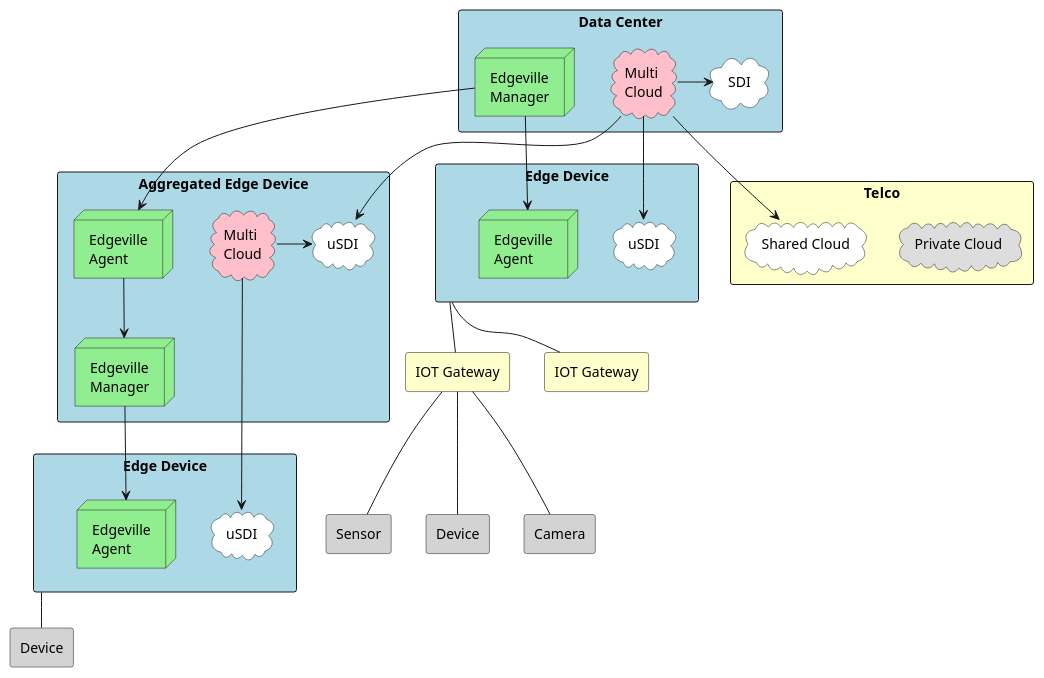
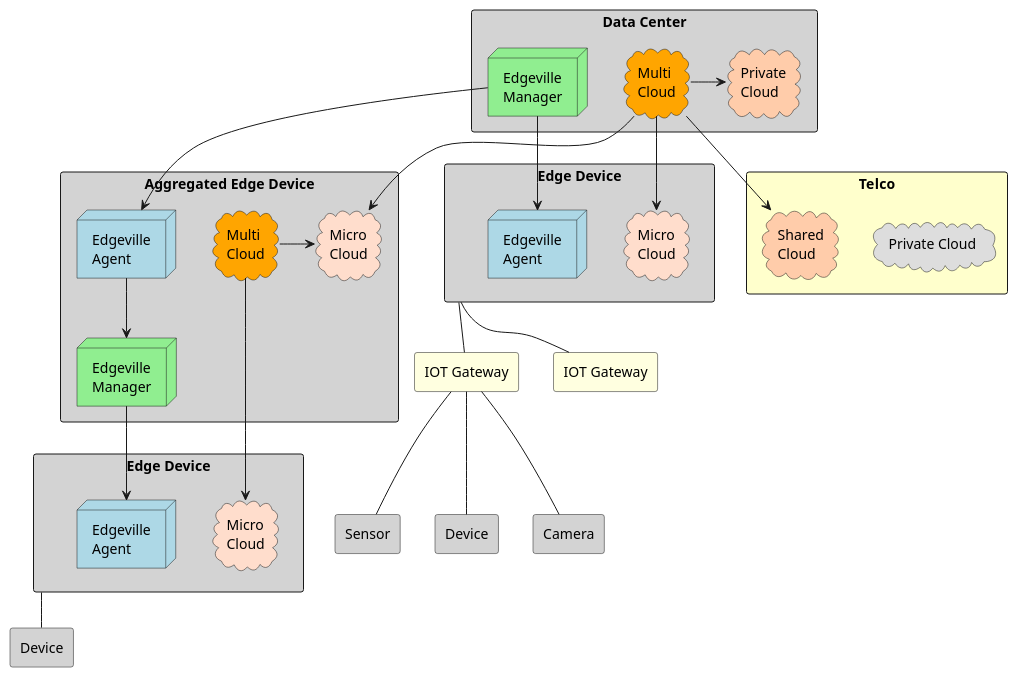
Before and after one commit to CAADE/edgeville: the diagram in docs/HighLevel.puml, drawn with PlantUML. The commit also changed 509 other files, not shown here.

```diff
--- a/docs/HighLevel.puml
+++ b/docs/HighLevel.puml
@@ -1,53 +1,53 @@
 @startuml
 
-rectangle "Data Center" as DC #lightblue {
-  cloud SDI #ffffff
-  cloud "Multi\nCloud" as HC #pink
+rectangle "Data Center" as DC #lightgray {
+  cloud "Private\nCloud" as SDI #ffccaa
+  cloud "Multi\nCloud" as HC #orange
   node "Edgeville\nManager" as EM #lightgreen
 }
 rectangle Telco  #ffffcc {
   cloud "Private Cloud" #dddddd
-  cloud "Shared Cloud" as SC #ffffff
+  cloud "Shared\nCloud" as SC #ffccaa
 }
-rectangle "Edge Device" as ED1 #lightblue {
-  cloud uSDI #ffffff
-  node "Edgeville\nAgent" as EA1 #lightgreen
+rectangle "Edge Device" as ED1 #lightgray {
+  cloud "Micro\nCloud" as uSDI #ffddcc
+  node "Edgeville\nAgent" as EA1 #lightblue
 }
 
-rectangle "Aggregated Edge Device" as ED2 #lightblue {
-  cloud "uSDI" as uSDI2 #ffffff
-  cloud "Multi\nCloud" as HC2 #pink
-  node "Edgeville\nAgent" as EA2 #lightgreen
+rectangle "Aggregated Edge Device" as ED2 #lightgray {
+  cloud "Micro\nCloud" as uSDI2 #ffddcc
+  cloud "Multi\nCloud" as HC2 #orange
+  node "Edgeville\nAgent" as EA2 #lightblue
   node "Edgeville\nManager" as EM2 #lightgreen
 }
 
-rectangle "Edge Device" as ED3 #lightblue {
-  cloud "uSDI" as uSDI3 #ffffff
-  node "Edgeville\nAgent" as EA3 #lightgreen
+rectangle "Edge Device" as ED3 #lightgray {
+  cloud "Micro\nCloud" as uSDI3 #ffddcc
+  node "Edgeville\nAgent" as EA3 #lightblue
 }
 EM --> EA2
 EM --> EA1
 EM2 --> EA3
 EA2 --> EM2
-rectangle "IOT Gateway" as IG1 #ffffcc
-rectangle "IOT Gateway" as IG2 #ffffcc
+rectangle "IOT Gateway" as IG1 #lightyellow
+rectangle "IOT Gateway" as IG2 #lightyellow
 rectangle "Sensor" as D1 #lightgray
 rectangle "Device" as D2 #lightgray
 rectangle "Camera" as D3 #lightgray
 
 rectangle "Device" as D4 #lightgray
 
 IG1 -- D1
 IG1 -- D2
 IG1 -- D3
 ED1 -- IG1
 ED1 -- IG2
 ED3 -- D4
 HC --> SC
 HC --> uSDI2
 HC -> SDI
 HC -> uSDI
 HC2 -> uSDI2
 HC2 --> uSDI3
 
 @enduml
```
